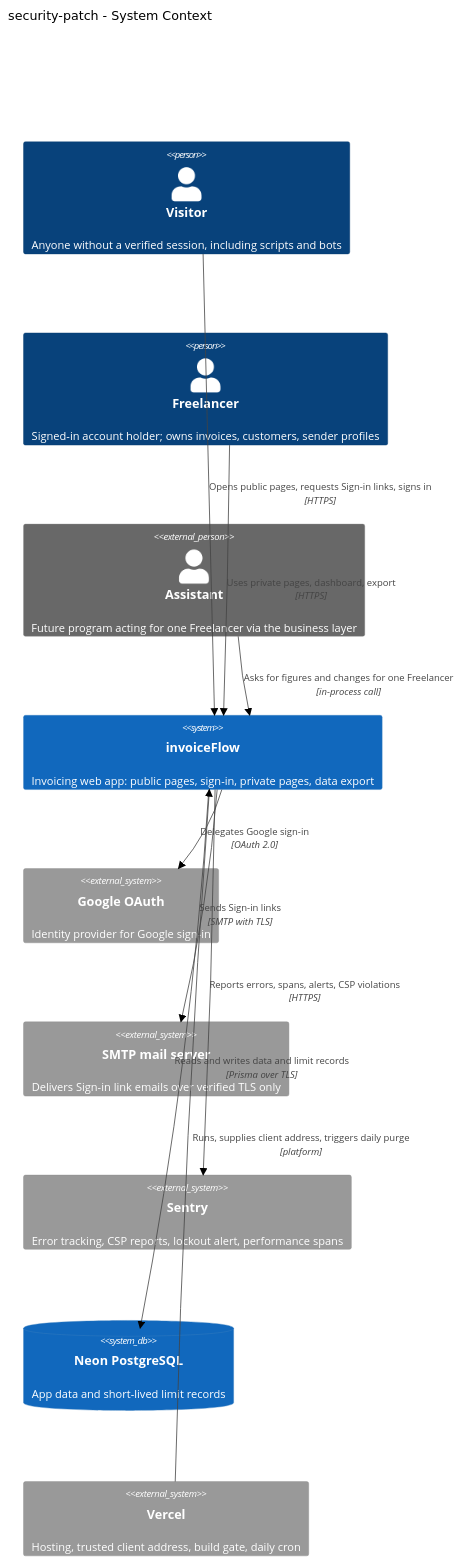
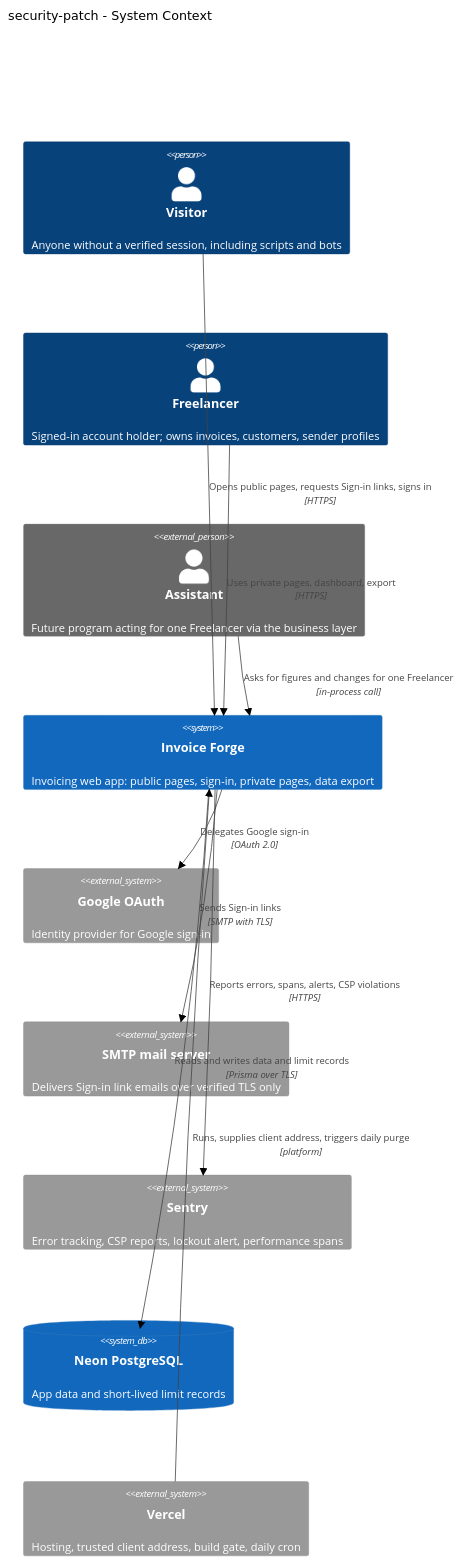
The first of 12 diagrams in docs/features/security-patch/sad.md (GopkoDev/invoiceForge), drawn with Mermaid (neutral theme) before and after one commit. The commit also changed other lines of this file and 296 other files, not shown here.

````diff
--- a/docs/features/security-patch/sad.md
+++ b/docs/features/security-patch/sad.md
@@ -85,25 +85,25 @@
 ```mermaid
 C4Context
     title security-patch - System Context
 
     Person(visitor, "Visitor", "Anyone without a verified session, including scripts and bots")
     Person(freelancer, "Freelancer", "Signed-in account holder; owns invoices, customers, sender profiles")
     Person_Ext(assistant, "Assistant", "Future program acting for one Freelancer via the business layer")
 
-    System(app, "invoiceFlow", "Invoicing web app: public pages, sign-in, private pages, data export")
+    System(app, "Invoice Forge", "Invoicing web app: public pages, sign-in, private pages, data export")
 
     System_Ext(google, "Google OAuth", "Identity provider for Google sign-in")
     System_Ext(smtp, "SMTP mail server", "Delivers Sign-in link emails over verified TLS only")
     System_Ext(sentry, "Sentry", "Error tracking, CSP reports, lockout alert, performance spans")
     SystemDb(db, "Neon PostgreSQL", "App data and short-lived limit records")
     System_Ext(vercel, "Vercel", "Hosting, trusted client address, build gate, daily cron")
 
     Rel(visitor, app, "Opens public pages, requests Sign-in links, signs in", "HTTPS")
     Rel(freelancer, app, "Uses private pages, dashboard, export", "HTTPS")
     Rel(assistant, app, "Asks for figures and changes for one Freelancer", "in-process call")
     Rel(app, google, "Delegates Google sign-in", "OAuth 2.0")
     Rel(app, smtp, "Sends Sign-in links", "SMTP with TLS")
     Rel(app, sentry, "Reports errors, spans, alerts, CSP violations", "HTTPS")
     Rel(app, db, "Reads and writes data and limit records", "Prisma over TLS")
     Rel(vercel, app, "Runs, supplies client address, triggers daily purge", "platform")
 ```
````
